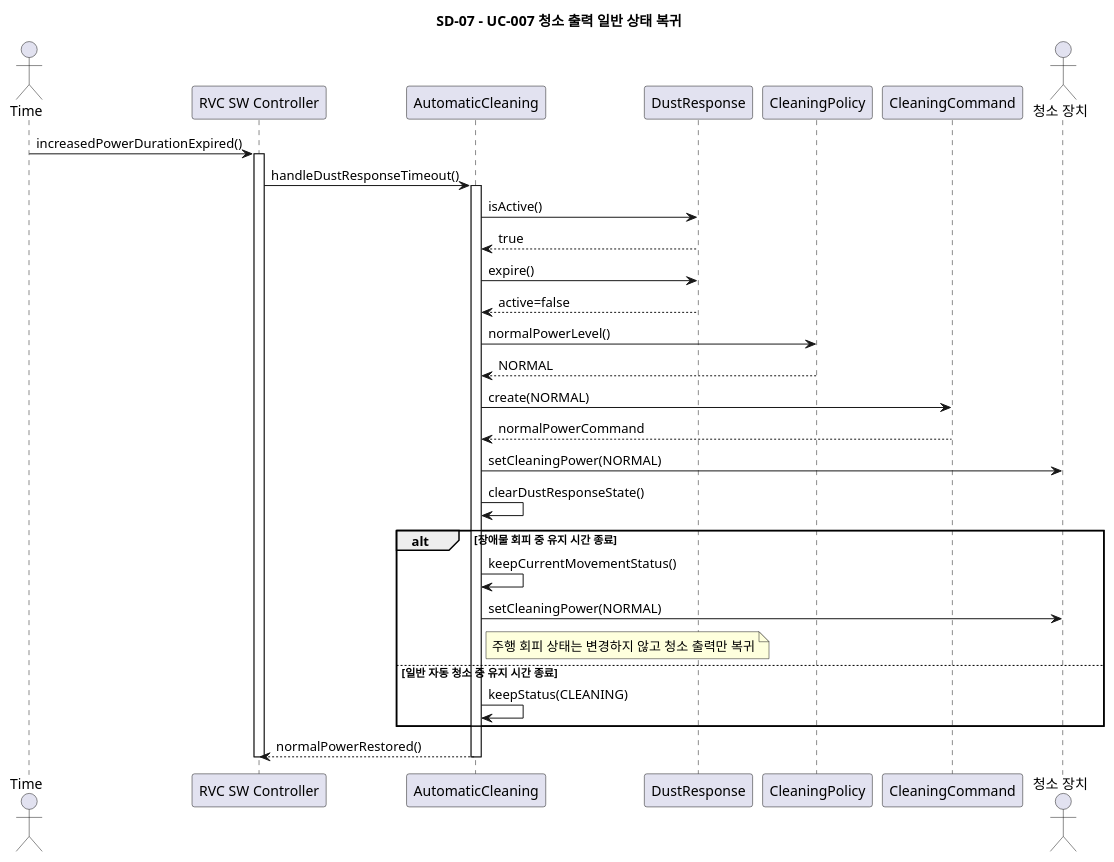
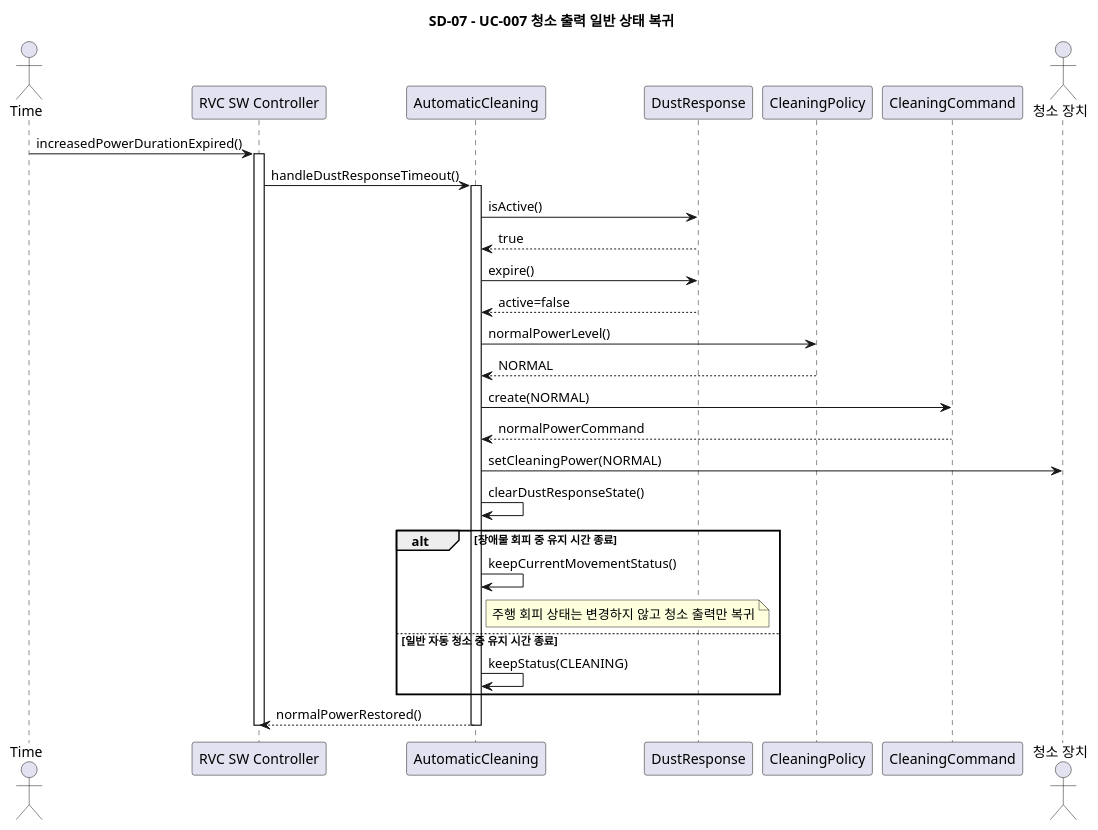
The diagram in docs/sd/SD-07.puml (OOAD-Team3/Robot-Vacuum-Cleaner-AI), drawn with PlantUML before and after one commit. The commit also changed 14 other files, not shown here.

Commit message:
docs: address diagram review feedback

```diff
--- a/docs/sd/SD-07.puml
+++ b/docs/sd/SD-07.puml
@@ -6,38 +6,37 @@
 @startuml SD_07_UC007_Return_To_Normal_Power
 title SD-07 - UC-007 청소 출력 일반 상태 복귀
 
 actor "Time" as Time
 participant "RVC SW Controller" as Controller
 participant "AutomaticCleaning" as Cleaning
 participant "DustResponse" as DustResponse
 participant "CleaningPolicy" as Policy
 participant "CleaningCommand" as CleaningCommand
 actor "청소 장치" as Cleaner
 
 Time -> Controller: increasedPowerDurationExpired()
 activate Controller
 Controller -> Cleaning: handleDustResponseTimeout()
 activate Cleaning
 Cleaning -> DustResponse: isActive()
 DustResponse --> Cleaning: true
 Cleaning -> DustResponse: expire()
 DustResponse --> Cleaning: active=false
 Cleaning -> Policy: normalPowerLevel()
 Policy --> Cleaning: NORMAL
 Cleaning -> CleaningCommand: create(NORMAL)
 CleaningCommand --> Cleaning: normalPowerCommand
 Cleaning -> Cleaner: setCleaningPower(NORMAL)
 Cleaning -> Cleaning: clearDustResponseState()
 
 alt 장애물 회피 중 유지 시간 종료
     Cleaning -> Cleaning: keepCurrentMovementStatus()
-    Cleaning -> Cleaner: setCleaningPower(NORMAL)
     note right of Cleaning: 주행 회피 상태는 변경하지 않고 청소 출력만 복귀
 else 일반 자동 청소 중 유지 시간 종료
     Cleaning -> Cleaning: keepStatus(CLEANING)
 end
 
 Cleaning --> Controller: normalPowerRestored()
 deactivate Cleaning
 deactivate Controller
 @enduml
```
